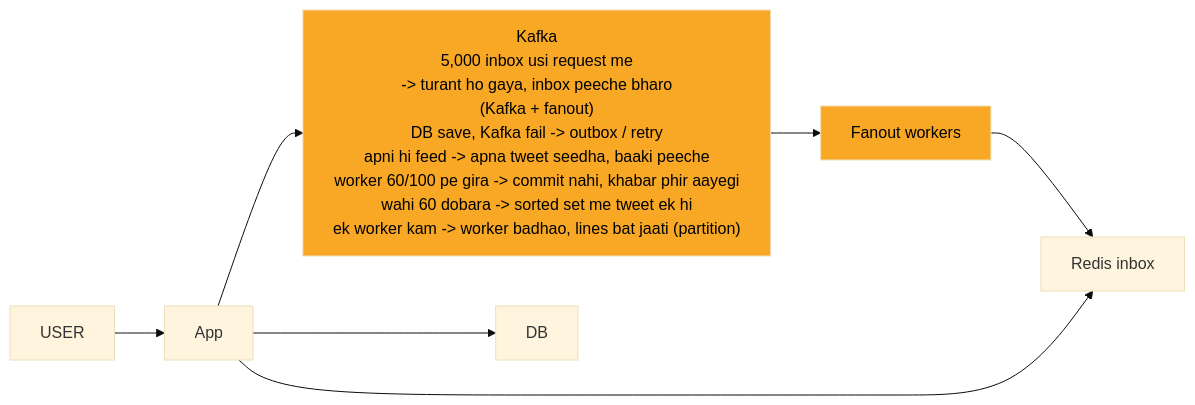
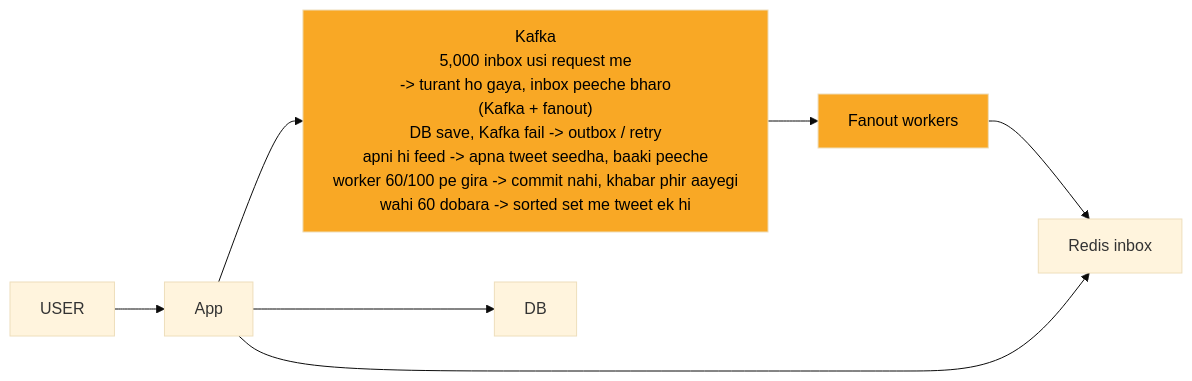
Before and after one commit to ArpanMaheshwari144/Prep: the third of 12 diagrams in 04_HLD/SYSTEM_DESIGNS/03_twitter_feed/03_twitter_feed.md, drawn with Mermaid (base theme). The commit also changed other lines of this file and 13 other files, not shown here.

````diff
--- a/04_HLD/SYSTEM_DESIGNS/03_twitter_feed/03_twitter_feed.md
+++ b/04_HLD/SYSTEM_DESIGNS/03_twitter_feed/03_twitter_feed.md
@@ -139,18 +139,18 @@
 ```mermaid
 %%{init: {"flowchart": {"wrappingWidth": 450}}}%%
 flowchart LR
     n_USER["USER"]
     n_App["App"]
-    n_Kafka["Kafka<br/>5,000 inbox usi request me<br/>-> turant ho gaya, inbox peeche bharo<br/>(Kafka + fanout)<br/>DB save, Kafka fail -> outbox / retry<br/>apni hi feed -> apna tweet seedha, baaki peeche<br/>worker 60/100 pe gira -> commit nahi, khabar phir aayegi<br/>wahi 60 dobara -> sorted set me tweet ek hi<br/>ek worker kam -> worker badhao, lines bat jaati (partition)"]
+    n_Kafka["Kafka<br/>5,000 inbox usi request me<br/>-> turant ho gaya, inbox peeche bharo<br/>(Kafka + fanout)<br/>DB save, Kafka fail -> outbox / retry<br/>apni hi feed -> apna tweet seedha, baaki peeche<br/>worker 60/100 pe gira -> commit nahi, khabar phir aayegi<br/>wahi 60 dobara -> sorted set me tweet ek hi"]
     n_Fanout_workers["Fanout workers"]
     n_Redis_inbox["Redis inbox"]
     n_DB["DB"]
     n_USER --> n_App
     n_App --> n_Kafka
     n_App --> n_DB
     n_Kafka --> n_Fanout_workers
     n_Fanout_workers --> n_Redis_inbox
     n_App --> n_Redis_inbox
     style n_Kafka fill:#f9a825,color:#000
     style n_Fanout_workers fill:#f9a825,color:#000
 ```
````
